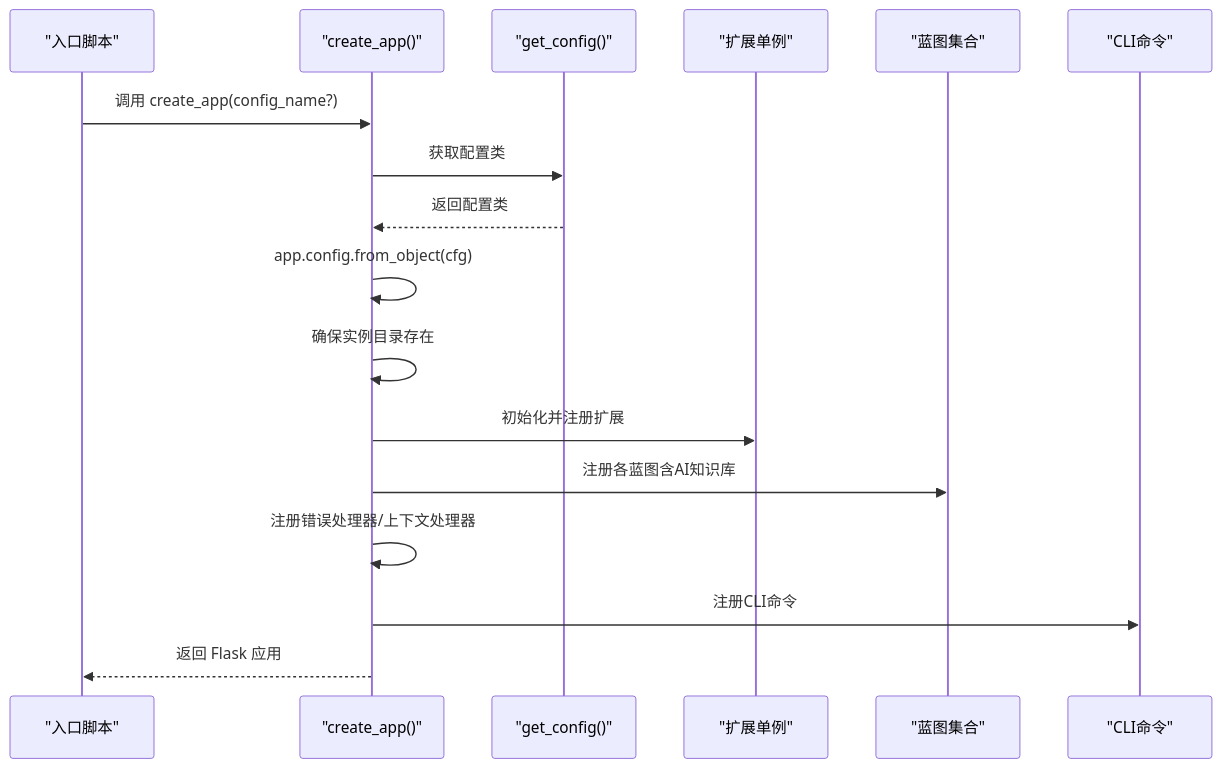
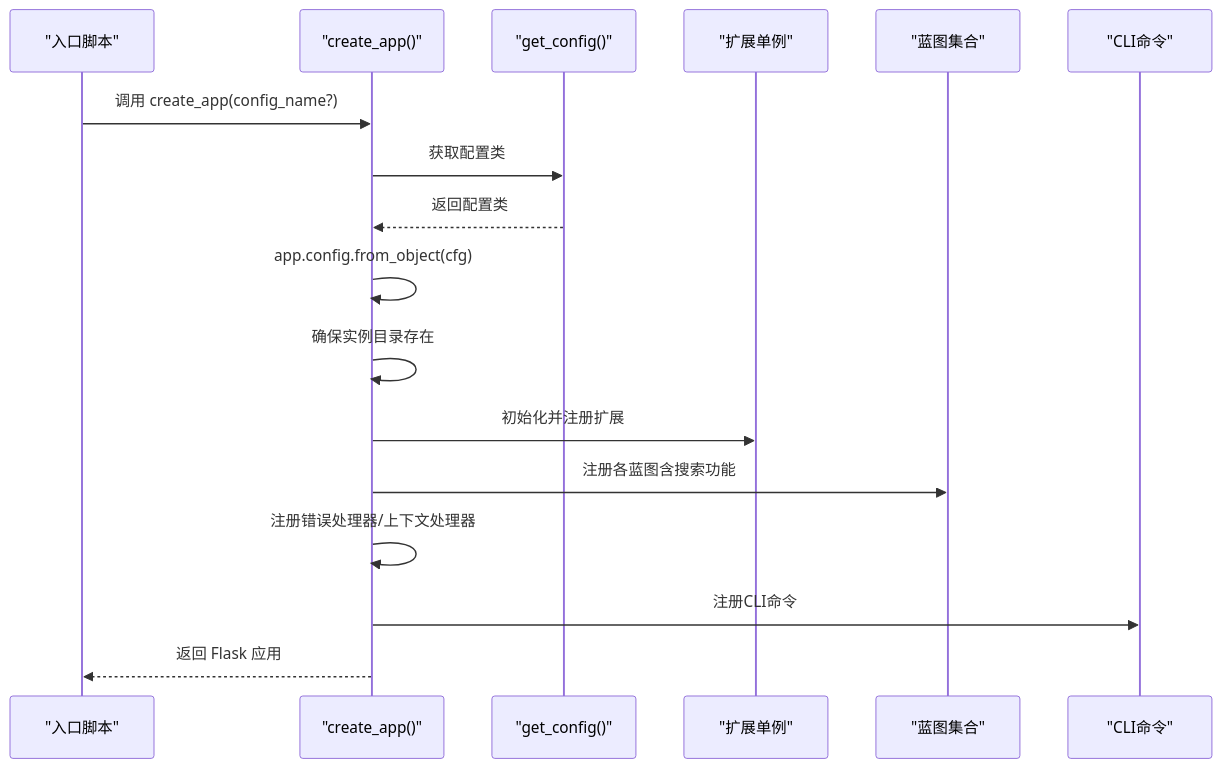
Before and after one commit to beyondalbert/my_wiki: the second of 4 diagrams in .qoder/repowiki/zh/content/架构设计/应用工厂架构.md, drawn with Mermaid. The commit also changed other lines of this file and 5 other files, not shown here.

````diff
--- a/.qoder/repowiki/zh/content/架构设计/应用工厂架构.md
+++ b/.qoder/repowiki/zh/content/架构设计/应用工厂架构.md
@@ -130,19 +133,19 @@
 ```mermaid
 sequenceDiagram
 participant Entrypoint as "入口脚本"
 participant Factory as "create_app()"
 participant Config as "get_config()"
 participant Ext as "扩展单例"
 participant BP as "蓝图集合"
 participant CLI as "CLI命令"
 Entrypoint->>Factory : 调用 create_app(config_name?)
 Factory->>Config : 获取配置类
 Config-->>Factory : 返回配置类
 Factory->>Factory : app.config.from_object(cfg)
 Factory->>Factory : 确保实例目录存在
 Factory->>Ext : 初始化并注册扩展
-Factory->>BP : 注册各蓝图含AI知识库
+Factory->>BP : 注册各蓝图含搜索功能
 Factory->>Factory : 注册错误处理器/上下文处理器
 Factory->>CLI : 注册CLI命令
 Factory-->>Entrypoint : 返回 Flask 应用
 ```
````
